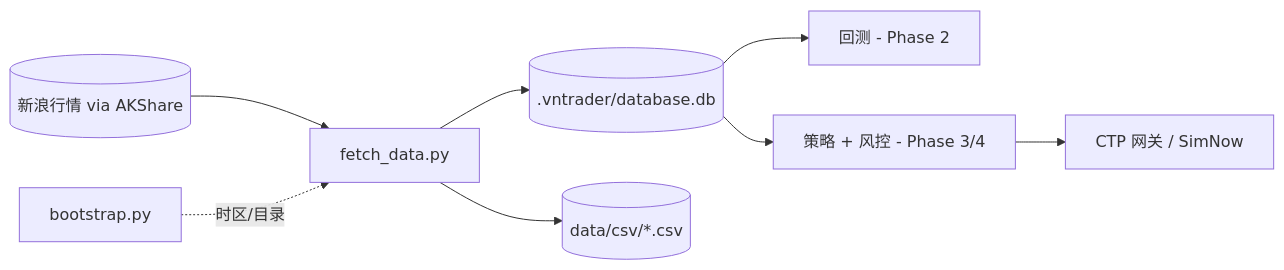
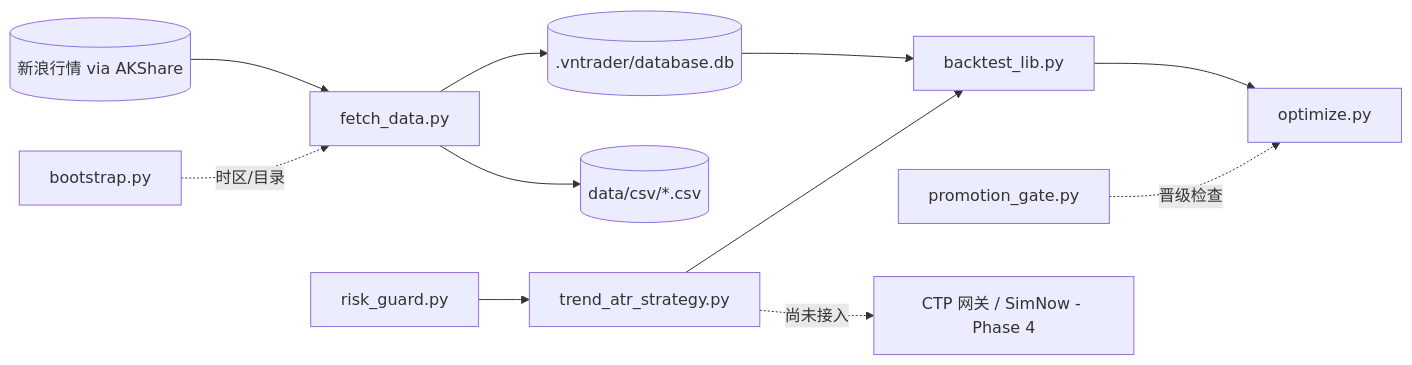
Before and after one commit to laiyinyizao007/invest: the first of 3 diagrams in PROJECTWIKI.md, drawn with Mermaid. The commit also changed other lines of this file and 17 other files, not shown here.

````diff
--- a/PROJECTWIKI.md
+++ b/PROJECTWIKI.md
@@ -16,10 +18,13 @@
 ```mermaid
 flowchart LR
   SINA[(新浪行情 via AKShare)] --> FD[fetch_data.py]
   BS[bootstrap.py] -. 时区/目录 .-> FD
   FD --> DB[(.vntrader/database.db)]
   FD --> CSV[(data/csv/*.csv)]
-  DB --> BT[回测 - Phase 2]
-  DB --> LIVE[策略 + 风控 - Phase 3/4]
-  LIVE --> CTP[CTP 网关 / SimNow]
+  DB --> BL[backtest_lib.py]
+  BL --> OPT[optimize.py]
+  ST[trend_atr_strategy.py] --> BL
+  RG[risk_guard.py] --> ST
+  PG[promotion_gate.py] -. 晋级检查 .-> OPT
+  ST -. 尚未接入 .-> CTP[CTP 网关 / SimNow - Phase 4]
 ```
````
